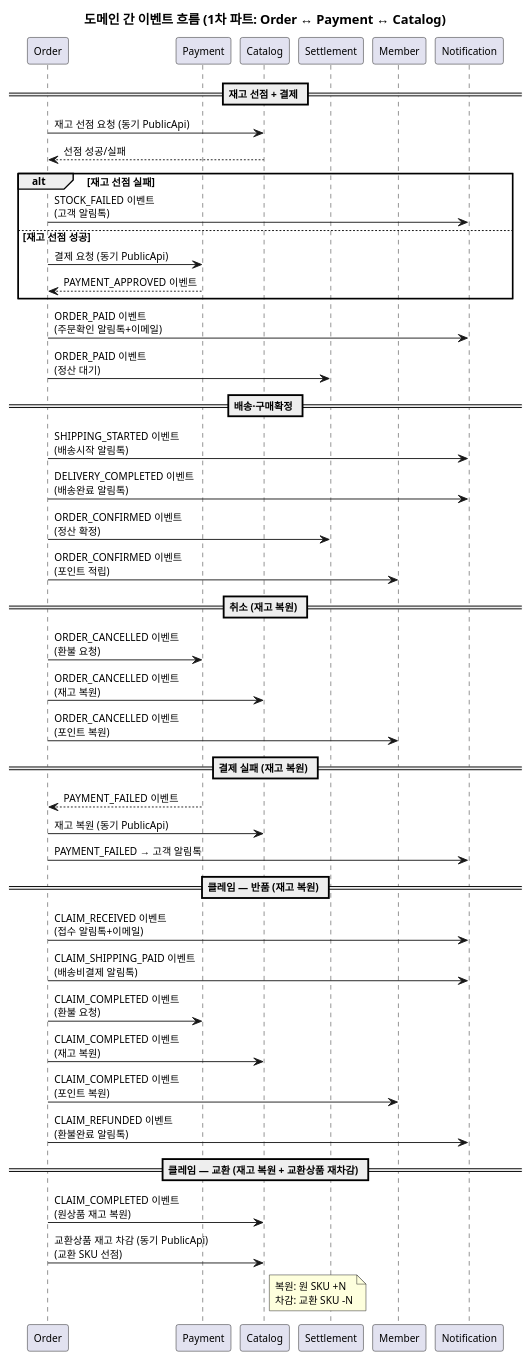
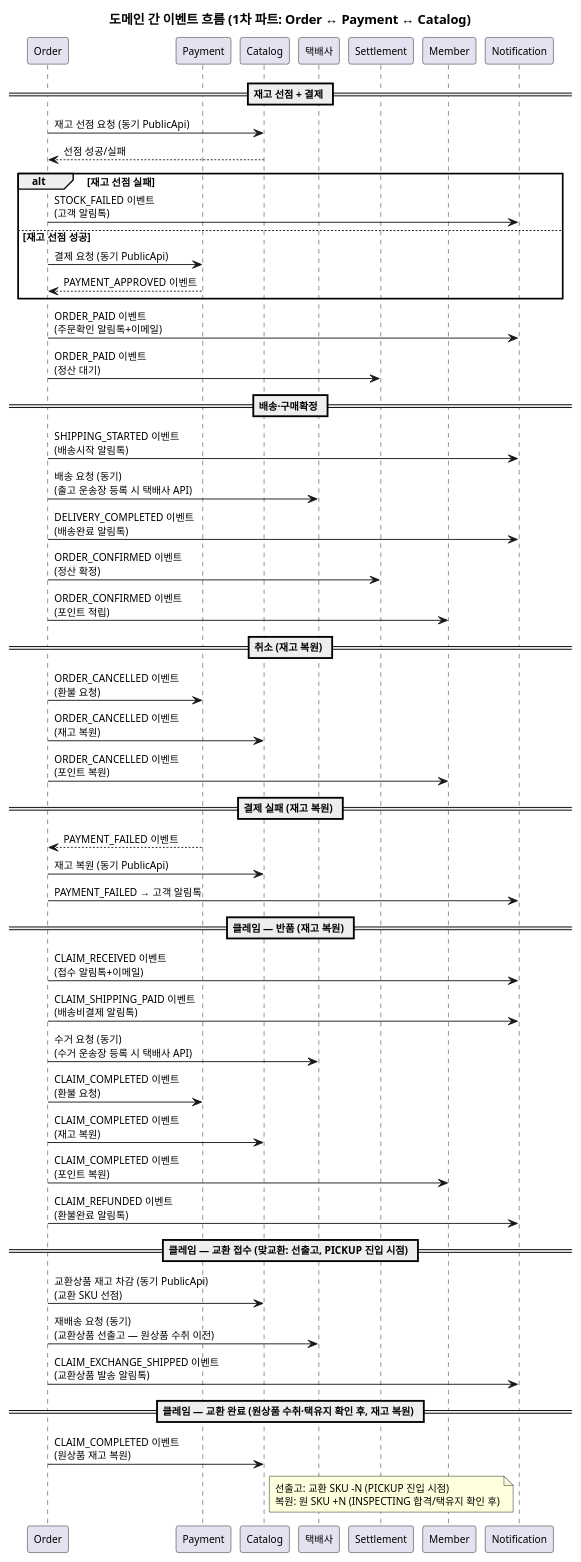
The diagram in docs/자산화-단계별/S2-구조설계/12-이벤트플로우.md (parknahyun/runNShop), drawn with PlantUML before and after one commit. The commit also changed other lines of this file and 18 other files, not shown here.

````diff
--- a/docs/자산화-단계별/S2-구조설계/12-이벤트플로우.md
+++ b/docs/자산화-단계별/S2-구조설계/12-이벤트플로우.md
@@ -48,58 +50,65 @@
 ```plantuml
 @startuml
 skinparam backgroundColor transparent
 skinparam defaultFontSize 11
 title 도메인 간 이벤트 흐름 (1차 파트: Order ↔ Payment ↔ Catalog)
 
 participant Order as ORD
 participant Payment as PAY
 participant Catalog as CAT
+participant "택배사" as Delivery
 participant Settlement as STL
 participant Member as MEM
 participant Notification as NTF
 
 == 재고 선점 + 결제 ==
 ORD -> CAT : 재고 선점 요청 (동기 PublicApi)
 CAT --> ORD : 선점 성공/실패
 
 alt 재고 선점 실패
   ORD -> NTF : STOCK_FAILED 이벤트\n(고객 알림톡)
 else 재고 선점 성공
   ORD -> PAY : 결제 요청 (동기 PublicApi)
   PAY --> ORD : PAYMENT_APPROVED 이벤트
 end
 
 ORD -> NTF : ORDER_PAID 이벤트\n(주문확인 알림톡+이메일)
 ORD -> STL : ORDER_PAID 이벤트\n(정산 대기)
 
 == 배송·구매확정 ==
 ORD -> NTF : SHIPPING_STARTED 이벤트\n(배송시작 알림톡)
+ORD -> Delivery : 배송 요청 (동기)\n(출고 운송장 등록 시 택배사 API)
 ORD -> NTF : DELIVERY_COMPLETED 이벤트\n(배송완료 알림톡)
 ORD -> STL : ORDER_CONFIRMED 이벤트\n(정산 확정)
 ORD -> MEM : ORDER_CONFIRMED 이벤트\n(포인트 적립)
 
 == 취소 (재고 복원) ==
 ORD -> PAY : ORDER_CANCELLED 이벤트\n(환불 요청)
 ORD -> CAT : ORDER_CANCELLED 이벤트\n(재고 복원)
 ORD -> MEM : ORDER_CANCELLED 이벤트\n(포인트 복원)
 
 == 결제 실패 (재고 복원) ==
 PAY --> ORD : PAYMENT_FAILED 이벤트
 ORD -> CAT : 재고 복원 (동기 PublicApi)
 ORD -> NTF : PAYMENT_FAILED → 고객 알림톡
 
 == 클레임 — 반품 (재고 복원) ==
 ORD -> NTF : CLAIM_RECEIVED 이벤트\n(접수 알림톡+이메일)
 ORD -> NTF : CLAIM_SHIPPING_PAID 이벤트\n(배송비결제 알림톡)
+ORD -> Delivery : 수거 요청 (동기)\n(수거 운송장 등록 시 택배사 API)
 ORD -> PAY : CLAIM_COMPLETED 이벤트\n(환불 요청)
 ORD -> CAT : CLAIM_COMPLETED 이벤트\n(재고 복원)
 ORD -> MEM : CLAIM_COMPLETED 이벤트\n(포인트 복원)
 ORD -> NTF : CLAIM_REFUNDED 이벤트\n(환불완료 알림톡)
 
-== 클레임 — 교환 (재고 복원 + 교환상품 재차감) ==
+== 클레임 — 교환 접수 (맞교환: 선출고, PICKUP 진입 시점) ==
+ORD -> CAT : 교환상품 재고 차감 (동기 PublicApi)\n(교환 SKU 선점)
+ORD -> Delivery : 재배송 요청 (동기)\n(교환상품 선출고 — 원상품 수취 이전)
+ORD -> NTF : CLAIM_EXCHANGE_SHIPPED 이벤트\n(교환상품 발송 알림톡)
+
+== 클레임 — 교환 완료 (원상품 수취·택유지 확인 후, 재고 복원) ==
 ORD -> CAT : CLAIM_COMPLETED 이벤트\n(원상품 재고 복원)
-ORD -> CAT : 교환상품 재고 차감 (동기 PublicApi)\n(교환 SKU 선점)
-note right of CAT: 복원: 원 SKU +N\n차감: 교환 SKU -N
+note right of CAT: 선출고: 교환 SKU -N (PICKUP 진입 시점)\n복원: 원 SKU +N (INSPECTING 합격/택유지 확인 후)
 
 @enduml
 ```
````
